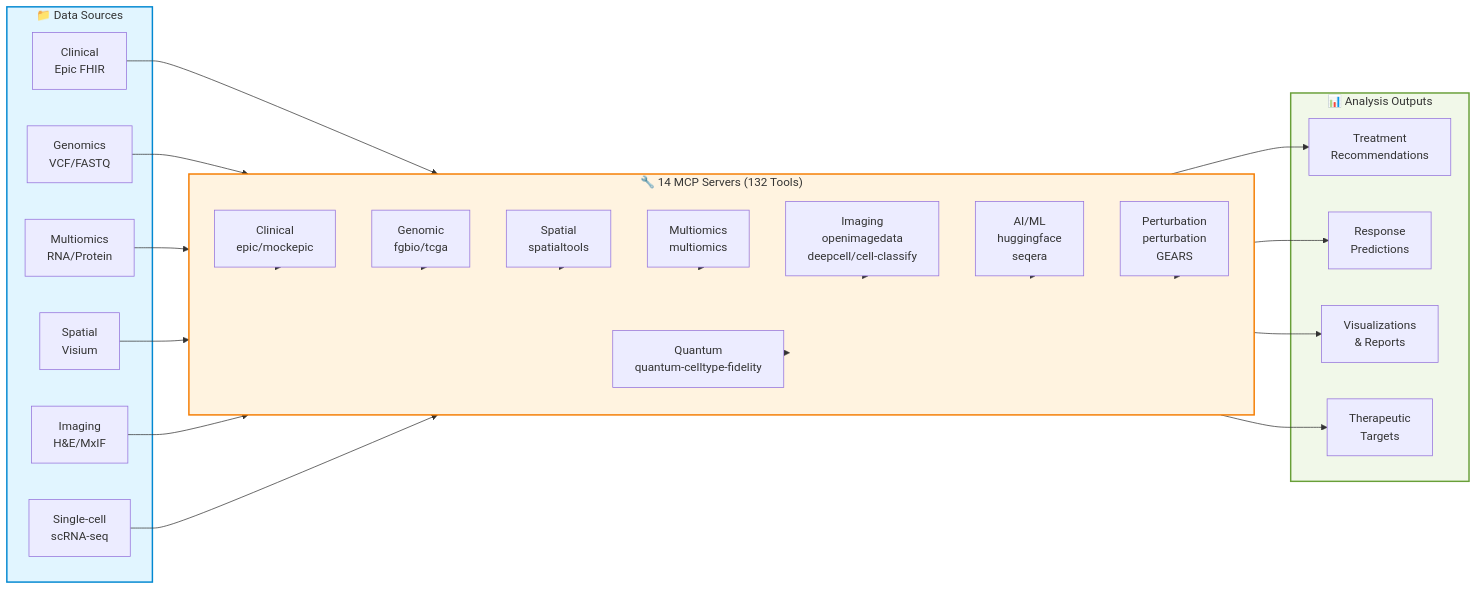
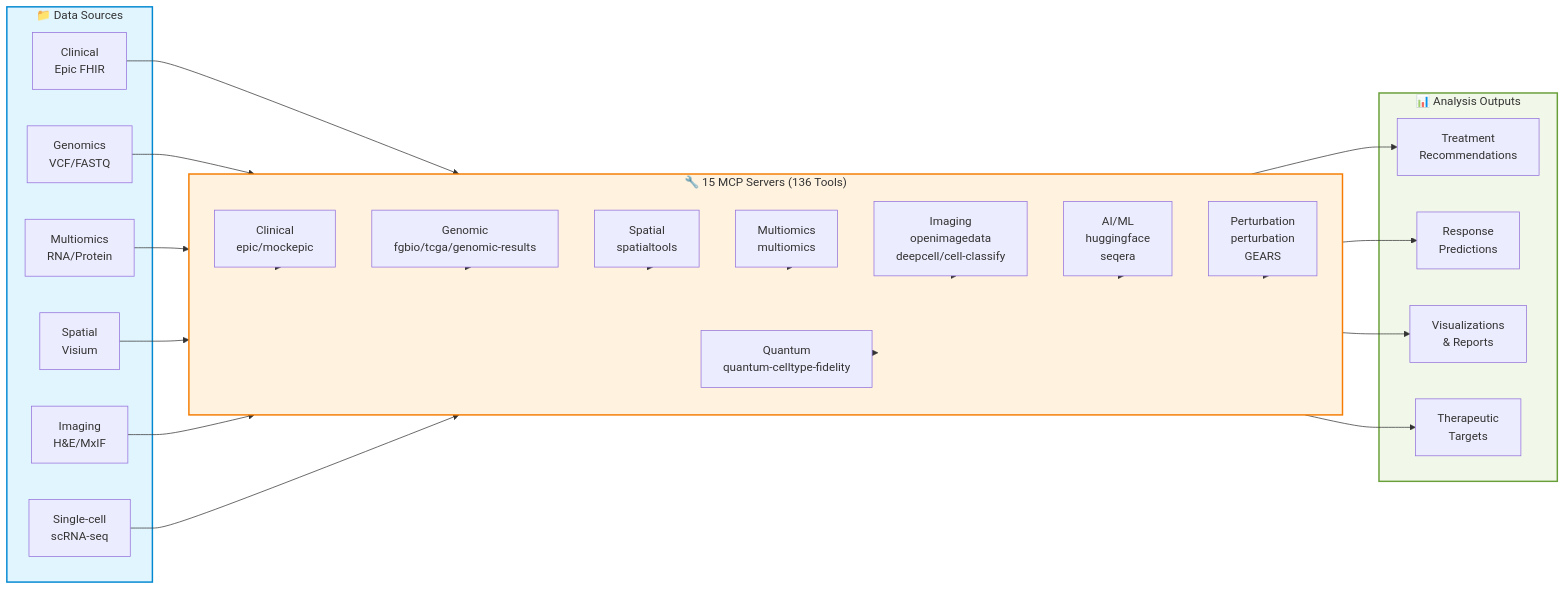
The first of 2 diagrams in docs/reference/architecture/README.md (raymond301/precision-medicine-mcp), drawn with Mermaid before and after one commit. The commit also changed other lines of this file and 23 other files, not shown here.

````diff
--- a/docs/reference/architecture/README.md
+++ b/docs/reference/architecture/README.md
@@ -9,55 +9,55 @@
 ```mermaid
 graph LR
     subgraph Input["📁 Data Sources"]
         EHR[Clinical<br/>Epic FHIR]
         SEQ[Genomics<br/>VCF/FASTQ]
         OMICS[Multiomics<br/>RNA/Protein]
         SPATIAL[Spatial<br/>Visium]
         IMG[Imaging<br/>H&E/MxIF]
         SCRNA[Single-cell<br/>scRNA-seq]
     end
 
-    subgraph MCP["🔧 14 MCP Servers (132 Tools)"]
+    subgraph MCP["🔧 15 MCP Servers (136 Tools)"]
         direction TB
         S1[Clinical<br/>epic/mockepic]
-        S2[Genomic<br/>fgbio/tcga]
+        S2[Genomic<br/>fgbio/tcga/genomic-results]
         S3[Spatial<br/>spatialtools]
         S4[Multiomics<br/>multiomics]
         S5[Imaging<br/>openimagedata<br/>deepcell/cell-classify]
         S6[AI/ML<br/>huggingface<br/>seqera]
         S7[Perturbation<br/>perturbation<br/>GEARS]
         S8[Quantum<br/>quantum-celltype-fidelity]
     end
 
     subgraph Output["📊 Analysis Outputs"]
         TREAT[Treatment<br/>Recommendations]
         PREDICT[Response<br/>Predictions]
         VIZ[Visualizations<br/>& Reports]
         INSIGHTS[Therapeutic<br/>Targets]
     end
 
     EHR --> S1
     SEQ --> S2
     OMICS --> S4
     SPATIAL --> S3
     IMG --> S5
     SCRNA --> S7
 
     S1 --> MCP
     S2 --> MCP
     S3 --> MCP
     S4 --> MCP
     S5 --> MCP
     S6 --> MCP
     S7 --> MCP
     S8 --> MCP
 
     MCP --> TREAT
     MCP --> PREDICT
     MCP --> VIZ
     MCP --> INSIGHTS
 
     style Input fill:#e1f5ff,stroke:#0288d1,stroke-width:2px
     style MCP fill:#fff3e0,stroke:#f57c00,stroke-width:2px
     style Output fill:#f1f8e9,stroke:#689f38,stroke-width:2px
 ```
````
